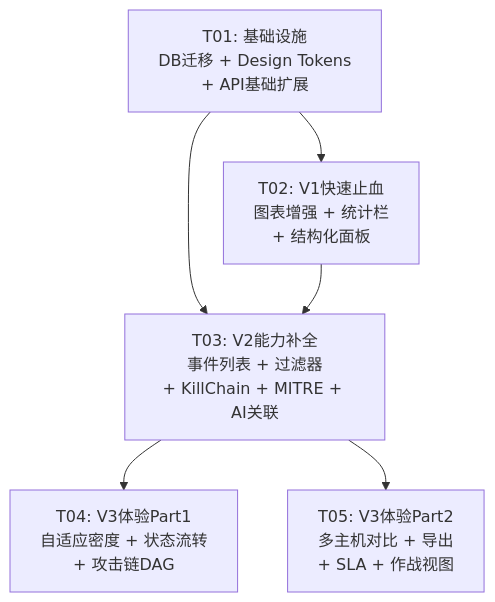
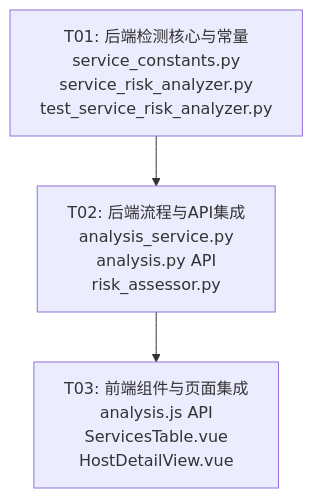
One commit to xyz0915/ir-platform changed the fourth of 4 diagrams in docs/system_design.md. Above: the diagram before and after it, drawn with Mermaid. The commit also changed other lines of this file and 31 other files, not shown here.

````diff
--- a/docs/system_design.md
+++ b/docs/system_design.md
@@ -654,14 +476,8 @@
 ```mermaid
 graph TD
-    T01["T01: 基础设施<br/>DB迁移 + Design Tokens<br/>+ API基础扩展"]
-    T02["T02: V1快速止血<br/>图表增强 + 统计栏<br/>+ 结构化面板"]
-    T03["T03: V2能力补全<br/>事件列表 + 过滤器<br/>+ KillChain + MITRE + AI关联"]
-    T04["T04: V3体验Part1<br/>自适应密度 + 状态流转<br/>+ 攻击链DAG"]
-    T05["T05: V3体验Part2<br/>多主机对比 + 导出<br/>+ SLA + 作战视图"]
+    T01[T01: 后端检测核心与常量<br/>service_constants.py<br/>service_risk_analyzer.py<br/>test_service_risk_analyzer.py]
+    T02[T02: 后端流程与API集成<br/>analysis_service.py<br/>analysis.py API<br/>risk_assessor.py]
+    T03[T03: 前端组件与页面集成<br/>analysis.js API<br/>ServicesTable.vue<br/>HostDetailView.vue]
 
-    T01 --> T02
-    T01 --> T03
-    T02 --> T03
-    T03 --> T04
-    T03 --> T05
+    T01 --> T02 --> T03
 ```
````
